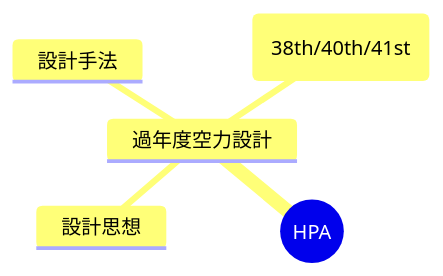
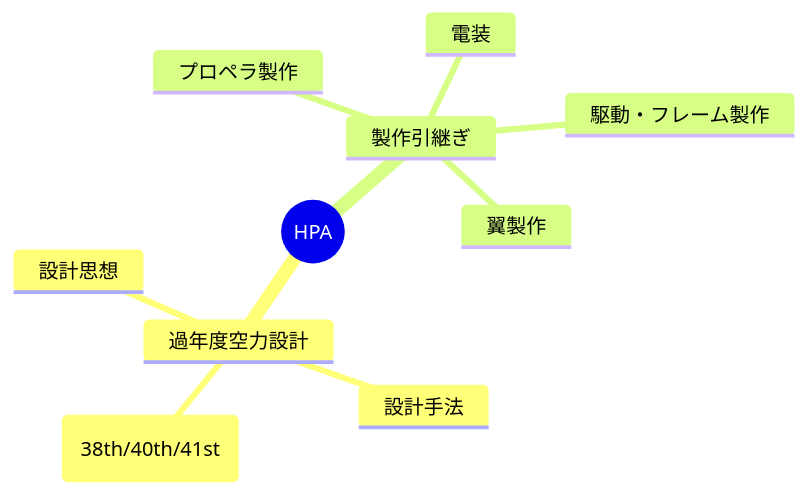
One commit to 97kuek/obsidian-vault changed the diagram in 10_Projects/HPA/【MOC】HPA.md. Above: the diagram before and after it, drawn with Mermaid. The commit also changed other lines of this file and 16 other files, not shown here.

````diff
--- a/10_Projects/HPA/【MOC】HPA.md
+++ b/10_Projects/HPA/【MOC】HPA.md
@@ -16,8 +16,13 @@
 ```mermaid
 mindmap
   root(("HPA"))
     過年度空力設計
       設計思想
       設計手法
       過年度機体(38th/40th/41st)
+    製作引継ぎ
+      プロペラ製作
+      翼製作
+      電装
+      駆動・フレーム製作
 ```
````
